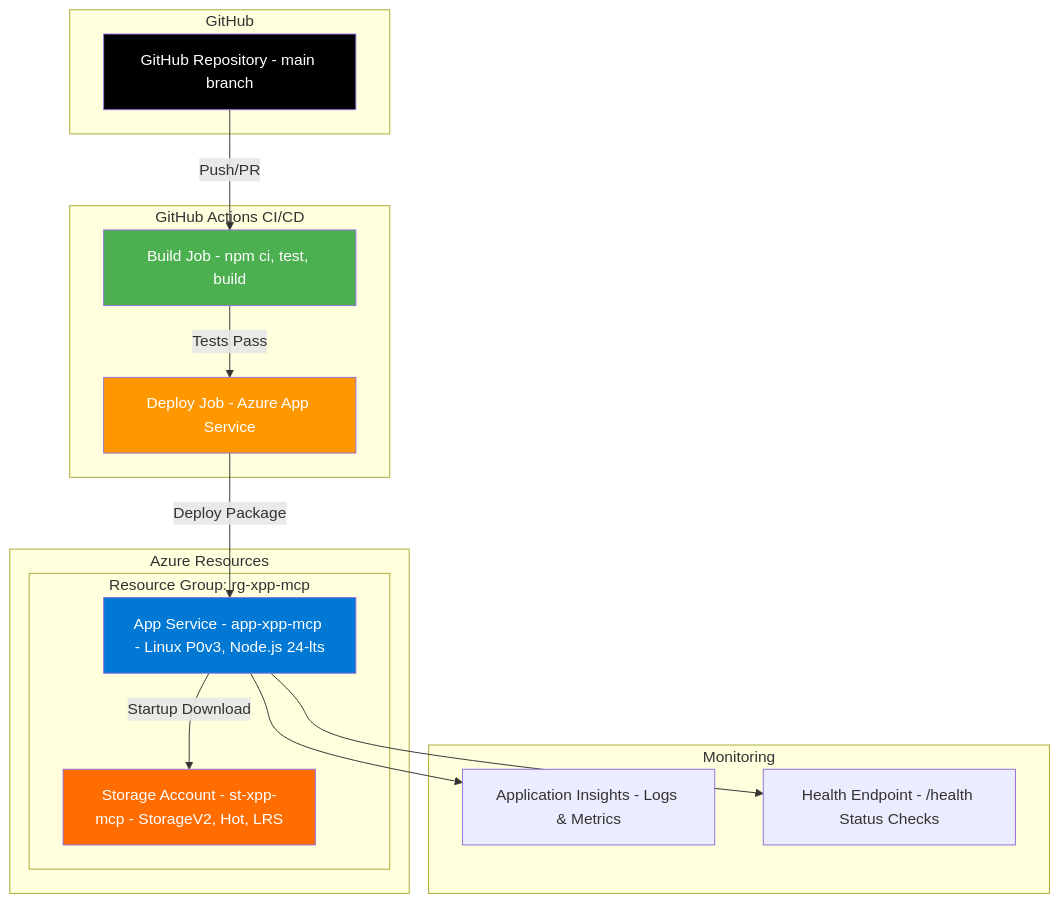
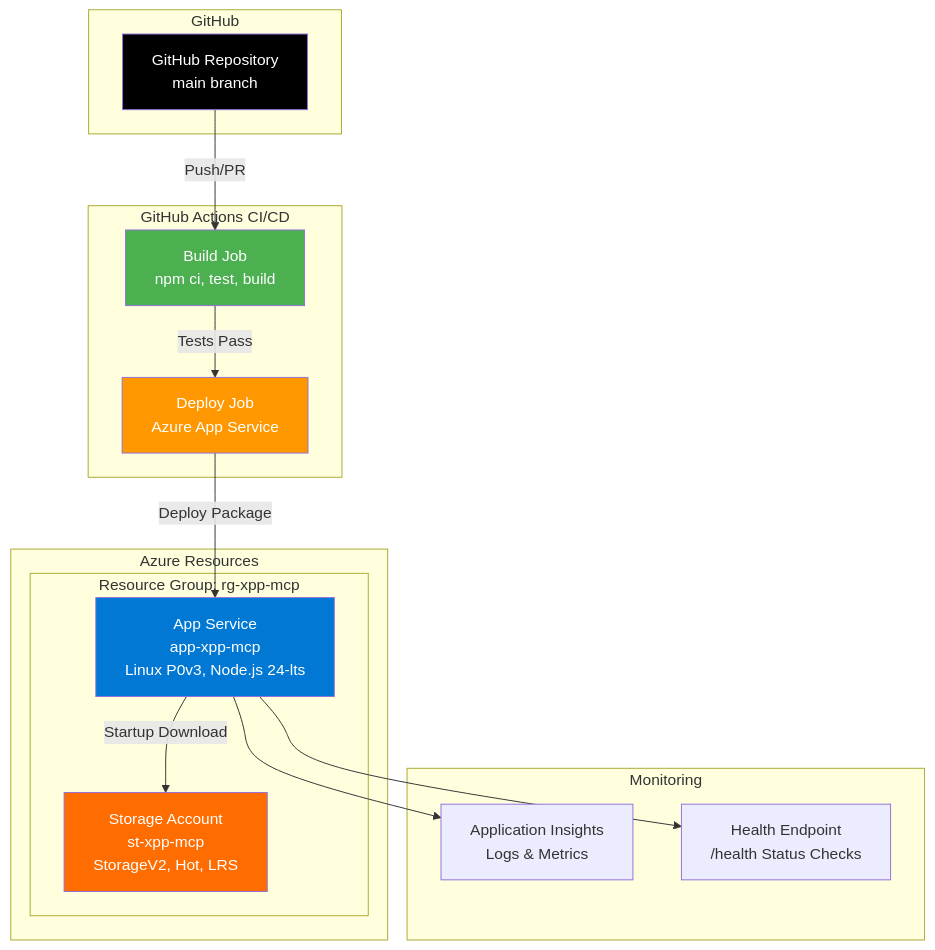
One commit to tfranczyk/d365fo-mcp-server changed the tenth of 20 diagrams in docs/ARCHITECTURE.md. Above: the diagram before and after it, drawn with Mermaid. The commit also changed other lines of this file, not shown here.

Commit message:
architecture.md diagram fix

````diff
--- a/docs/ARCHITECTURE.md
+++ b/docs/ARCHITECTURE.md
@@ -661,36 +661,36 @@
 ```mermaid
 graph TB
     subgraph "GitHub"
-        REPO[GitHub Repository - main branch]
+        REPO[GitHub Repository\n main branch]
     end
 
     subgraph "GitHub Actions CI/CD"
-        BUILD[Build Job - npm ci, test, build]
-        DEPLOY[Deploy Job - Azure App Service]
+        BUILD[Build Job\n npm ci, test, build]
+        DEPLOY[Deploy Job\n Azure App Service]
     end
 
     subgraph "Azure Resources"
         subgraph "Resource Group: rg-xpp-mcp"
-            APP[App Service - app-xpp-mcp - Linux P0v3, Node.js 24-lts]
-            STORAGE[Storage Account - st-xpp-mcp - StorageV2, Hot, LRS]
+            APP[App Service\n app-xpp-mcp\n Linux P0v3, Node.js 24-lts]
+            STORAGE[Storage Account\n st-xpp-mcp\n StorageV2, Hot, LRS]
         end
     end
 
     subgraph "Monitoring"
-        LOGS[Application Insights - Logs & Metrics]
-        HEALTH[Health Endpoint - /health Status Checks]
+        LOGS[Application Insights\n Logs & Metrics]
+        HEALTH[Health Endpoint\n /health Status Checks]
     end
 
     REPO -->|Push/PR| BUILD
     BUILD -->|Tests Pass| DEPLOY
     DEPLOY -->|Deploy Package| APP
     APP -->|Startup Download| STORAGE
     APP --> LOGS
     APP --> HEALTH
     
     style REPO fill:#000,color:#fff
     style BUILD fill:#4CAF50,color:#fff
     style DEPLOY fill:#FF9800,color:#fff
     style APP fill:#0078D4,color:#fff
     style STORAGE fill:#FF6C00,color:#fff
 ```
````
